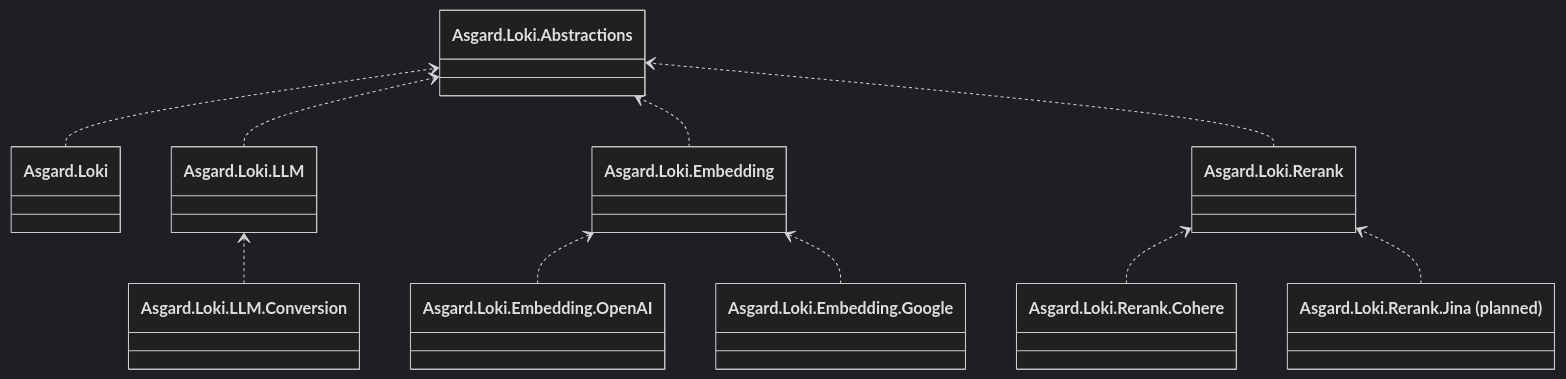
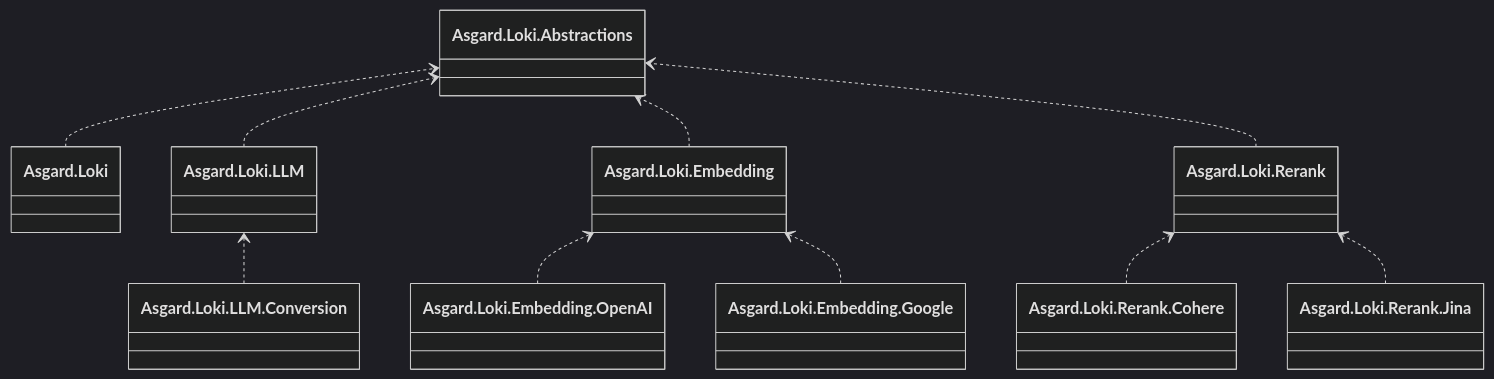
One commit to BenLampson/Asgard.Loki changed the diagram in docs/model-call-roadmap.md. Above: the diagram before and after it, drawn with Mermaid (dark theme). The commit also changed other lines of this file and 28 other files, not shown here.

Commit message:
feat(rerank): add native Jina text and multimodal provider

````diff
--- a/docs/model-call-roadmap.md
+++ b/docs/model-call-roadmap.md
@@ -187,23 +187,23 @@
 ```mermaid
 classDiagram
 direction BT
 class Abstractions["Asgard.Loki.Abstractions"]
 class Client["Asgard.Loki"]
 class LLM["Asgard.Loki.LLM"]
 class Conversion["Asgard.Loki.LLM.Conversion"]
 class Embedding["Asgard.Loki.Embedding"]
 class Rerank["Asgard.Loki.Rerank"]
 class EmbeddingOpenAI["Asgard.Loki.Embedding.OpenAI"]
 class EmbeddingGoogle["Asgard.Loki.Embedding.Google"]
 class RerankCohere["Asgard.Loki.Rerank.Cohere"]
-class RerankJina["Asgard.Loki.Rerank.Jina (planned)"]
+class RerankJina["Asgard.Loki.Rerank.Jina"]
 Client ..> Abstractions
 LLM ..> Abstractions
 Conversion ..> LLM
 Embedding ..> Abstractions
 Rerank ..> Abstractions
 EmbeddingOpenAI ..> Embedding
 EmbeddingGoogle ..> Embedding
 RerankCohere ..> Rerank
 RerankJina ..> Rerank
 ```
````
